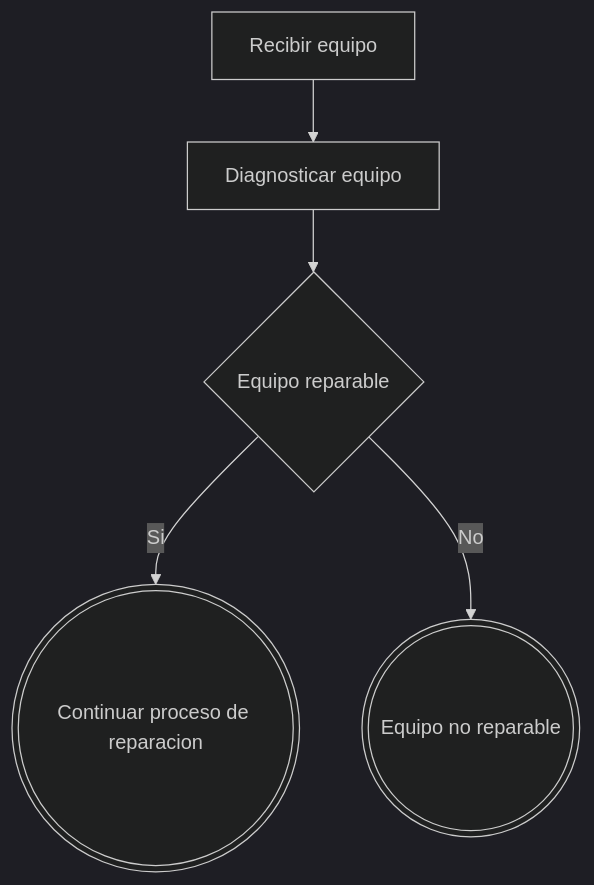
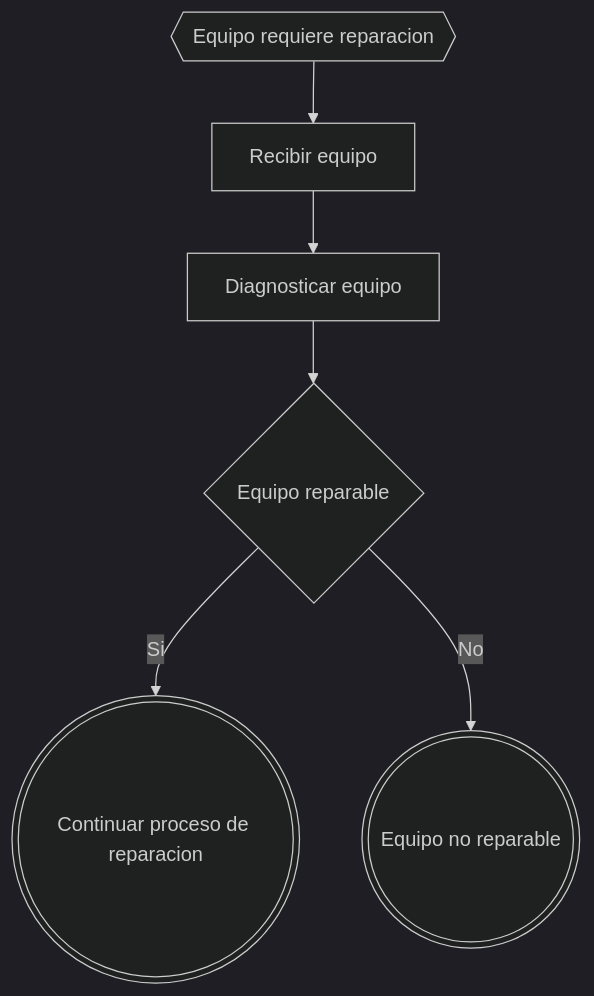
Before and after one commit to IsmaelDarruizBI/rt-rma-app: the diagram in generated/mermaid/repair-management.mmd, drawn with Mermaid (dark theme). The commit also changed 7 other files, not shown here.

```diff
--- a/generated/mermaid/repair-management.mmd
+++ b/generated/mermaid/repair-management.mmd
@@ -1,15 +1,17 @@
 %% AUTO-GENERATED FILE.
 %% DO NOT EDIT MANUALLY.
 %% SOURCE: business/processes/repair-management.yaml
 
 flowchart TD
+    EVT-REP-001{{"Equipo requiere reparacion"}}
     PROC-REP-010["Recibir equipo"]
     PROC-REP-020["Diagnosticar equipo"]
     PROC-REP-030{"Equipo reparable"}
     PROC-REP-040((("Continuar proceso de reparacion")))
     PROC-REP-050((("Equipo no reparable")))
 
+    EVT-REP-001 --> PROC-REP-010
     PROC-REP-010 --> PROC-REP-020
     PROC-REP-020 --> PROC-REP-030
     PROC-REP-030 -->|Si| PROC-REP-040
     PROC-REP-030 -->|No| PROC-REP-050
```
